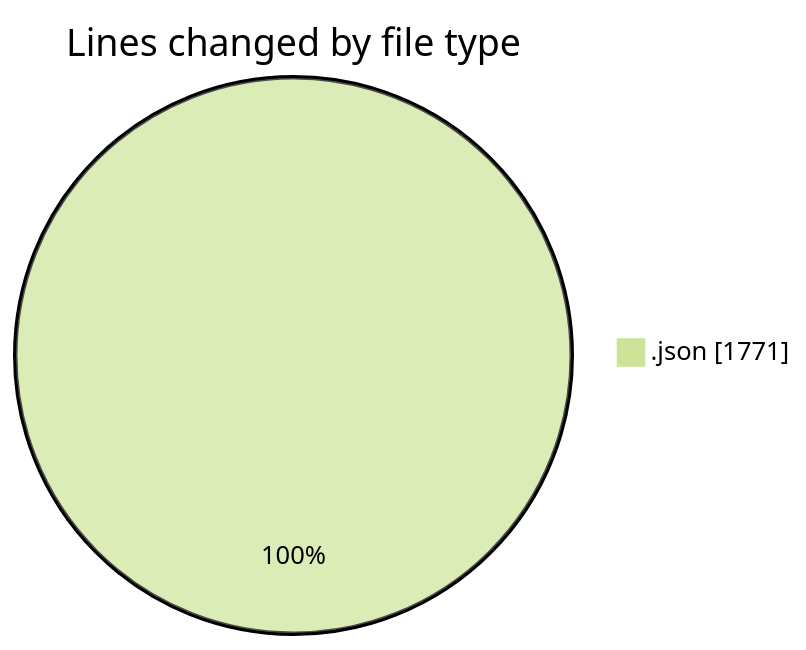
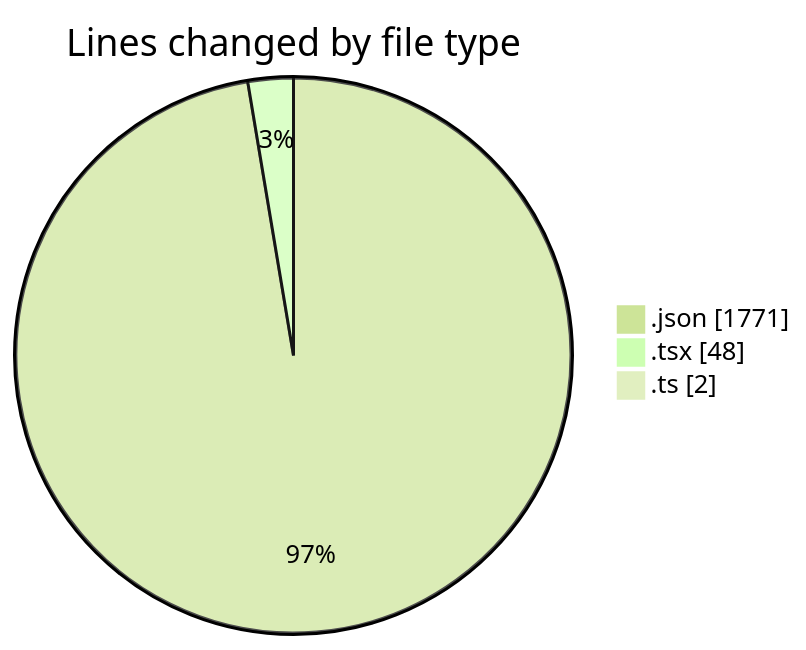
Before and after one commit to julien-gomy/code-tracking: the first of 2 diagrams in 2025-11-19/eventscop-frontend-guide__workspace_/README.md, drawn with Mermaid (forest theme). The commit also changed other lines of this file and 1 other file, not shown here.

````diff
--- a/2025-11-19/eventscop-frontend-guide__workspace_/README.md
+++ b/2025-11-19/eventscop-frontend-guide__workspace_/README.md
@@ -20,5 +23,7 @@
 ```mermaid
 pie showData
 title Lines changed by file type
 ".json" : 1771
+".tsx" : 48
+".ts" : 2
 ```
````
